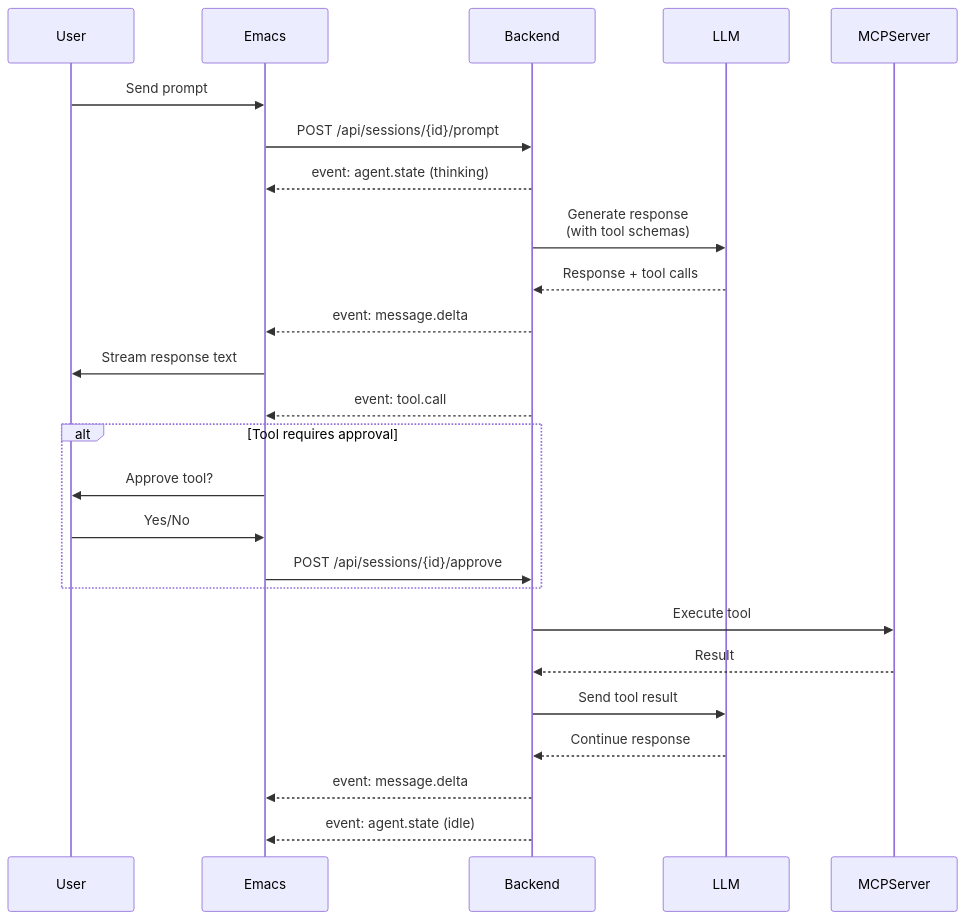
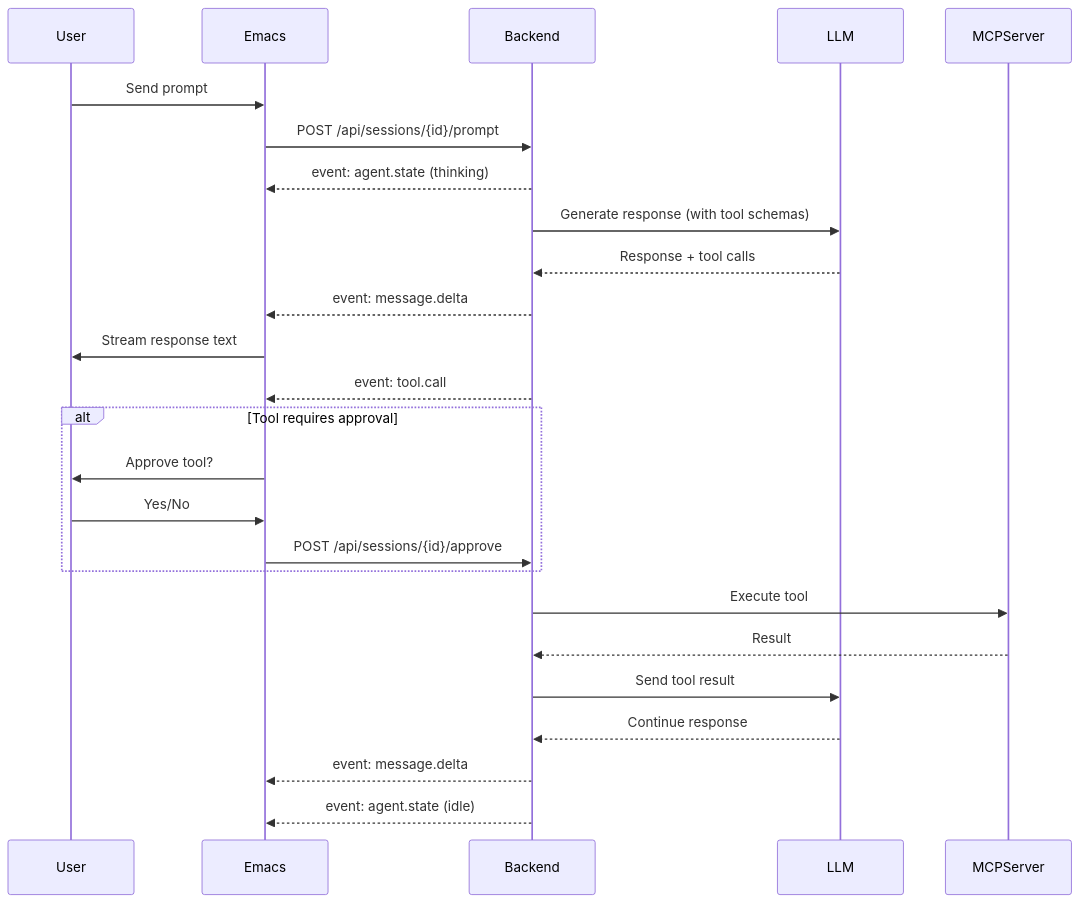
One commit to softwarewrighter/emacs-agent changed the third of 7 diagrams in wiki/Architecture-Overview.md. Above: the diagram before and after it, drawn with Mermaid. The commit also changed other lines of this file and 7 other files, not shown here.

First line of the commit message:
Fix wiki Mermaid diagrams: remove <br/> tags

````diff
--- a/wiki/Architecture-Overview.md
+++ b/wiki/Architecture-Overview.md
@@ -153,34 +153,34 @@
 ```mermaid
 sequenceDiagram
     participant User
     participant Emacs
     participant Backend
     participant LLM
     participant MCPServer
 
     User->>Emacs: Send prompt
     Emacs->>Backend: POST /api/sessions/{id}/prompt
     Backend-->>Emacs: event: agent.state (thinking)
 
-    Backend->>LLM: Generate response<br/>(with tool schemas)
+    Backend->>LLM: Generate response (with tool schemas)
     LLM-->>Backend: Response + tool calls
 
     Backend-->>Emacs: event: message.delta
     Emacs->>User: Stream response text
 
     Backend-->>Emacs: event: tool.call
     alt Tool requires approval
         Emacs->>User: Approve tool?
         User->>Emacs: Yes/No
         Emacs->>Backend: POST /api/sessions/{id}/approve
     end
 
     Backend->>MCPServer: Execute tool
     MCPServer-->>Backend: Result
 
     Backend->>LLM: Send tool result
     LLM-->>Backend: Continue response
 
     Backend-->>Emacs: event: message.delta
     Backend-->>Emacs: event: agent.state (idle)
 ```
````
